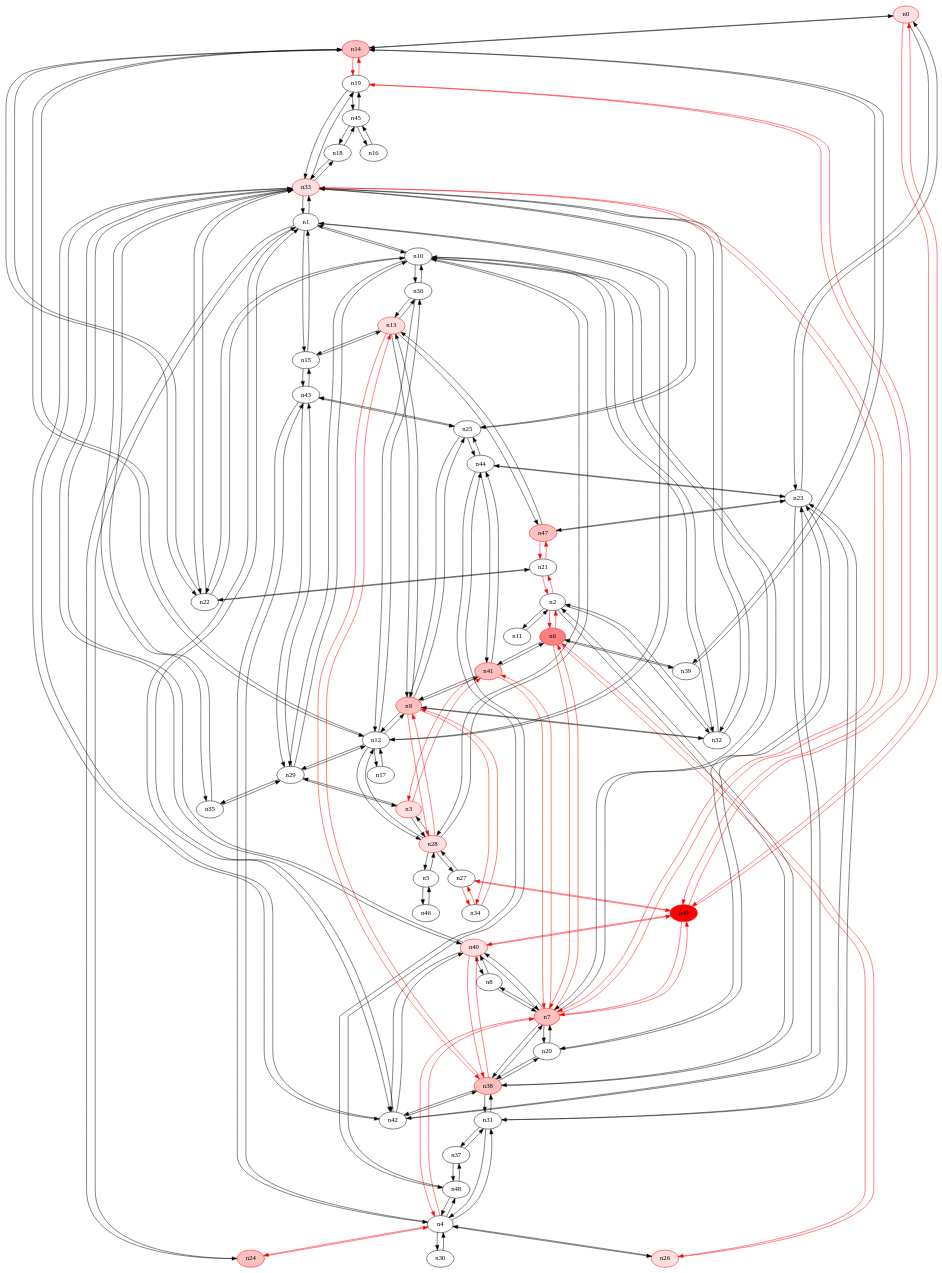
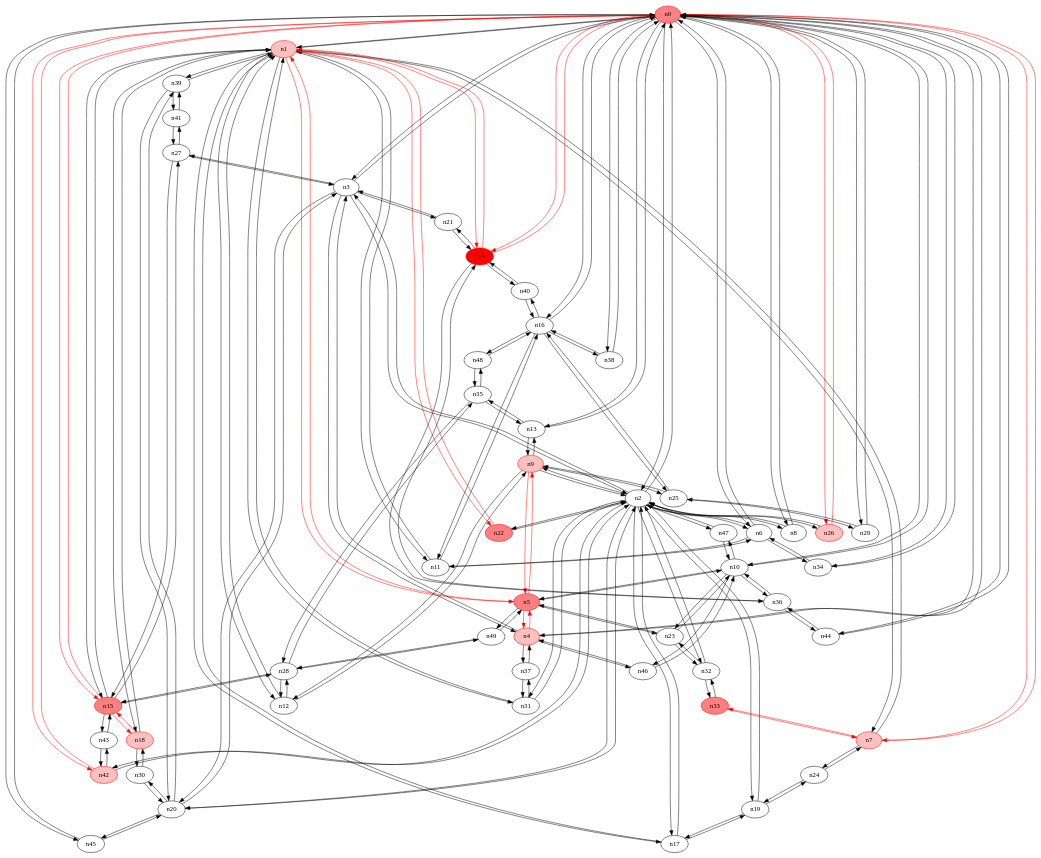
The diagram in 50_20/13-rrt1.dot (ireallyhopeirememberthis/yates_rrt), drawn with Graphviz before and after one commit. The commit also changed 7464 other files, not shown here.

```diff
--- a/50_20/13-rrt1.dot
+++ b/50_20/13-rrt1.dot
@@ -1,252 +1,244 @@
 strict digraph {
-n0 [type=host, color="#FF0000", style=filled, fillcolor="#FFE0E0"];
-n14 [type=host, color="#FF0000", style=filled, fillcolor="#FFC0C0"];
+n0 [type=switch, color="#FF0000", style=filled, fillcolor="#FF8080"];
+n1 [type=host, color="#FF0000", style=filled, fillcolor="#FFC0C0"];
+n2 [type=switch];
+n3 [type=switch];
+n4 [type=host, color="#FF0000", style=filled, fillcolor="#FFC0C0"];
+n6 [type=switch];
+n7 [type=host, color="#FF0000", style=filled, fillcolor="#FFC0C0"];
+n8 [type=switch];
+n10 [type=switch];
+n13 [type=switch];
+n14 [type=switch, color="#FF0000", style=filled, fillcolor="#FF0000"];
+n15 [type=host, color="#FF0000", style=filled, fillcolor="#FF8080"];
+n16 [type=switch];
+n26 [type=host, color="#FF0000", style=filled, fillcolor="#FFC0C0"];
+n29 [type=switch];
+n34 [type=switch];
+n38 [type=switch];
+n42 [type=host, color="#FF0000", style=filled, fillcolor="#FFC0C0"];
+n44 [type=switch];
+n45 [type=switch];
+n5 [type=host, color="#FF0000", style=filled, fillcolor="#FF8080"];
+n11 [type=switch];
+n12 [type=switch];
+n17 [type=switch];
+n18 [type=host, color="#FF0000", style=filled, fillcolor="#FFC0C0"];
+n22 [type=host, color="#FF0000", style=filled, fillcolor="#FF8080"];
+n31 [type=switch];
+n39 [type=switch];
+n9 [type=host, color="#FF0000", style=filled, fillcolor="#FFC0C0"];
+n19 [type=switch];
+n20 [type=switch];
+n32 [type=switch];
+n47 [type=switch];
+n21 [type=switch];
+n27 [type=switch];
+n37 [type=switch];
+n46 [type=switch];
 n23 [type=switch];
-n49 [type=switch, color="#FF0000", style=filled, fillcolor="#FF0000"];
-n1 [type=switch];
-n10 [type=switch];
-n12 [type=switch];
-n15 [type=switch];
-n24 [type=host, color="#FF0000", style=filled, fillcolor="#FFC0C0"];
-n33 [type=host, color="#FF0000", style=filled, fillcolor="#FFE0E0"];
-n42 [type=switch];
-n2 [type=switch];
-n6 [type=switch, color="#FF0000", style=filled, fillcolor="#FF8080"];
-n11 [type=switch];
-n21 [type=switch];
-n32 [type=switch];
-n38 [type=switch, color="#FF0000", style=filled, fillcolor="#FFC0C0"];
-n3 [type=host, color="#FF0000", style=filled, fillcolor="#FFE0E0"];
-n28 [type=host, color="#FF0000", style=filled, fillcolor="#FFE0E0"];
-n29 [type=switch];
-n41 [type=switch, color="#FF0000", style=filled, fillcolor="#FFC0C0"];
-n4 [type=switch];
-n7 [type=switch, color="#FF0000", style=filled, fillcolor="#FFC0C0"];
-n26 [type=host, color="#FF0000", style=filled, fillcolor="#FFE0E0"];
-n30 [type=switch];
-n31 [type=switch];
+n49 [type=switch];
+n24 [type=switch];
+n33 [type=switch, color="#FF0000", style=filled, fillcolor="#FF8080"];
+n25 [type=switch];
+n36 [type=switch];
+n28 [type=switch];
+n35 [type=switch];
+n40 [type=switch];
 n43 [type=switch];
 n48 [type=switch];
-n5 [type=switch];
-n46 [type=switch];
-n39 [type=switch];
-n8 [type=switch];
-n20 [type=switch];
-n40 [type=host, color="#FF0000", style=filled, fillcolor="#FFE0E0"];
-n9 [type=switch, color="#FF0000", style=filled, fillcolor="#FFC0C0"];
-n13 [type=host, color="#FF0000", style=filled, fillcolor="#FFE0E0"];
-n25 [type=switch];
-n34 [type=switch];
-n22 [type=switch];
-n36 [type=switch];
-n17 [type=switch];
-n47 [type=host, color="#FF0000", style=filled, fillcolor="#FFC0C0"];
-n19 [type=switch];
-n16 [type=switch];
-n45 [type=switch];
-n18 [type=switch];
-n44 [type=switch];
-n27 [type=switch];
-n35 [type=switch];
-n37 [type=switch];
-n0 -> n14 [src_port=0, dst_port=0];
-n0 -> n23 [src_port=0, dst_port=0];
-n0 -> n49 [src_port=0, dst_port=0, color="#FF0000"];
-n14 -> n0 [src_port=0, dst_port=0];
-n14 -> n12 [src_port=0, dst_port=0];
-n14 -> n39 [src_port=0, dst_port=0];
-n14 -> n22 [src_port=0, dst_port=0];
-n14 -> n19 [src_port=0, dst_port=0, color="#FF0000"];
-n23 -> n0 [src_port=0, dst_port=0];
-n23 -> n42 [src_port=0, dst_port=0];
-n23 -> n31 [src_port=0, dst_port=0];
-n23 -> n20 [src_port=0, dst_port=0];
-n23 -> n47 [src_port=0, dst_port=0];
-n23 -> n44 [src_port=0, dst_port=0];
-n49 -> n0 [src_port=0, dst_port=0, color="#FF0000"];
-n49 -> n7 [src_port=0, dst_port=0, color="#FF0000"];
-n49 -> n40 [src_port=0, dst_port=0, color="#FF0000"];
-n49 -> n19 [src_port=0, dst_port=0, color="#FF0000"];
-n49 -> n27 [src_port=0, dst_port=0, color="#FF0000"];
-n1 -> n10 [src_port=0, dst_port=0];
+n30 [type=switch];
+n41 [type=switch];
+n0 -> n1 [src_port=0, dst_port=0];
+n0 -> n2 [src_port=0, dst_port=0];
+n0 -> n3 [src_port=0, dst_port=0];
+n0 -> n4 [src_port=0, dst_port=0];
+n0 -> n6 [src_port=0, dst_port=0];
+n0 -> n7 [src_port=0, dst_port=0, color="#FF0000"];
+n0 -> n8 [src_port=0, dst_port=0];
+n0 -> n10 [src_port=0, dst_port=0];
+n0 -> n13 [src_port=0, dst_port=0];
+n0 -> n14 [src_port=0, dst_port=0, color="#FF0000"];
+n0 -> n15 [src_port=0, dst_port=0, color="#FF0000"];
+n0 -> n16 [src_port=0, dst_port=0];
+n0 -> n26 [src_port=0, dst_port=0, color="#FF0000"];
+n0 -> n29 [src_port=0, dst_port=0];
+n0 -> n34 [src_port=0, dst_port=0];
+n0 -> n38 [src_port=0, dst_port=0];
+n0 -> n42 [src_port=0, dst_port=0, color="#FF0000"];
+n0 -> n44 [src_port=0, dst_port=0];
+n0 -> n45 [src_port=0, dst_port=0];
+n1 -> n0 [src_port=0, dst_port=0];
+n1 -> n7 [src_port=0, dst_port=0];
+n1 -> n14 [src_port=0, dst_port=0, color="#FF0000"];
+n1 -> n15 [src_port=0, dst_port=0];
+n1 -> n5 [src_port=0, dst_port=0, color="#FF0000"];
+n1 -> n11 [src_port=0, dst_port=0];
 n1 -> n12 [src_port=0, dst_port=0];
-n1 -> n15 [src_port=0, dst_port=0];
-n1 -> n24 [src_port=0, dst_port=0];
-n1 -> n33 [src_port=0, dst_port=0];
-n1 -> n42 [src_port=0, dst_port=0];
-n10 -> n1 [src_port=0, dst_port=0];
-n10 -> n32 [src_port=0, dst_port=0];
-n10 -> n28 [src_port=0, dst_port=0];
-n10 -> n29 [src_port=0, dst_port=0];
-n10 -> n7 [src_port=0, dst_port=0];
-n10 -> n22 [src_port=0, dst_port=0];
+n1 -> n17 [src_port=0, dst_port=0];
+n1 -> n18 [src_port=0, dst_port=0];
+n1 -> n22 [src_port=0, dst_port=0, color="#FF0000"];
+n1 -> n31 [src_port=0, dst_port=0];
+n1 -> n39 [src_port=0, dst_port=0];
+n2 -> n0 [src_port=0, dst_port=0];
+n2 -> n3 [src_port=0, dst_port=0];
+n2 -> n6 [src_port=0, dst_port=0];
+n2 -> n8 [src_port=0, dst_port=0];
+n2 -> n26 [src_port=0, dst_port=0];
+n2 -> n42 [src_port=0, dst_port=0];
+n2 -> n17 [src_port=0, dst_port=0];
+n2 -> n22 [src_port=0, dst_port=0];
+n2 -> n31 [src_port=0, dst_port=0];
+n2 -> n9 [src_port=0, dst_port=0];
+n2 -> n19 [src_port=0, dst_port=0];
+n2 -> n20 [src_port=0, dst_port=0];
+n2 -> n32 [src_port=0, dst_port=0];
+n2 -> n47 [src_port=0, dst_port=0];
+n3 -> n0 [src_port=0, dst_port=0];
+n3 -> n2 [src_port=0, dst_port=0];
+n3 -> n4 [src_port=0, dst_port=0];
+n3 -> n20 [src_port=0, dst_port=0];
+n3 -> n21 [src_port=0, dst_port=0];
+n3 -> n27 [src_port=0, dst_port=0];
+n4 -> n0 [src_port=0, dst_port=0];
+n4 -> n3 [src_port=0, dst_port=0];
+n4 -> n5 [src_port=0, dst_port=0, color="#FF0000"];
+n4 -> n37 [src_port=0, dst_port=0];
+n4 -> n46 [src_port=0, dst_port=0];
+n6 -> n0 [src_port=0, dst_port=0];
+n6 -> n2 [src_port=0, dst_port=0];
+n6 -> n34 [src_port=0, dst_port=0];
+n6 -> n11 [src_port=0, dst_port=0];
+n7 -> n0 [src_port=0, dst_port=0, color="#FF0000"];
+n7 -> n1 [src_port=0, dst_port=0];
+n7 -> n24 [src_port=0, dst_port=0];
+n7 -> n33 [src_port=0, dst_port=0, color="#FF0000"];
+n8 -> n0 [src_port=0, dst_port=0];
+n8 -> n2 [src_port=0, dst_port=0];
+n10 -> n0 [src_port=0, dst_port=0];
+n10 -> n5 [src_port=0, dst_port=0];
+n10 -> n47 [src_port=0, dst_port=0];
+n10 -> n46 [src_port=0, dst_port=0];
+n10 -> n23 [src_port=0, dst_port=0];
 n10 -> n36 [src_port=0, dst_port=0];
-n12 -> n14 [src_port=0, dst_port=0];
+n13 -> n0 [src_port=0, dst_port=0];
+n13 -> n9 [src_port=0, dst_port=0];
+n13 -> n35 [src_port=0, dst_port=0];
+n14 -> n0 [src_port=0, dst_port=0, color="#FF0000"];
+n14 -> n1 [src_port=0, dst_port=0, color="#FF0000"];
+n14 -> n21 [src_port=0, dst_port=0];
+n14 -> n36 [src_port=0, dst_port=0];
+n14 -> n40 [src_port=0, dst_port=0];
+n15 -> n0 [src_port=0, dst_port=0, color="#FF0000"];
+n15 -> n1 [src_port=0, dst_port=0];
+n15 -> n18 [src_port=0, dst_port=0, color="#FF0000"];
+n15 -> n27 [src_port=0, dst_port=0];
+n15 -> n28 [src_port=0, dst_port=0];
+n15 -> n43 [src_port=0, dst_port=0];
+n16 -> n0 [src_port=0, dst_port=0];
+n16 -> n38 [src_port=0, dst_port=0];
+n16 -> n11 [src_port=0, dst_port=0];
+n16 -> n25 [src_port=0, dst_port=0];
+n16 -> n40 [src_port=0, dst_port=0];
+n16 -> n48 [src_port=0, dst_port=0];
+n26 -> n0 [src_port=0, dst_port=0, color="#FF0000"];
+n26 -> n2 [src_port=0, dst_port=0];
+n29 -> n0 [src_port=0, dst_port=0];
+n29 -> n25 [src_port=0, dst_port=0];
+n34 -> n0 [src_port=0, dst_port=0];
+n34 -> n6 [src_port=0, dst_port=0];
+n38 -> n0 [src_port=0, dst_port=0];
+n38 -> n16 [src_port=0, dst_port=0];
+n42 -> n0 [src_port=0, dst_port=0, color="#FF0000"];
+n42 -> n2 [src_port=0, dst_port=0];
+n42 -> n43 [src_port=0, dst_port=0];
+n44 -> n0 [src_port=0, dst_port=0];
+n44 -> n36 [src_port=0, dst_port=0];
+n45 -> n0 [src_port=0, dst_port=0];
+n45 -> n20 [src_port=0, dst_port=0];
+n5 -> n1 [src_port=0, dst_port=0, color="#FF0000"];
+n5 -> n4 [src_port=0, dst_port=0, color="#FF0000"];
+n5 -> n10 [src_port=0, dst_port=0];
+n5 -> n9 [src_port=0, dst_port=0, color="#FF0000"];
+n5 -> n23 [src_port=0, dst_port=0];
+n5 -> n49 [src_port=0, dst_port=0];
+n11 -> n1 [src_port=0, dst_port=0];
+n11 -> n6 [src_port=0, dst_port=0];
+n11 -> n16 [src_port=0, dst_port=0];
 n12 -> n1 [src_port=0, dst_port=0];
+n12 -> n9 [src_port=0, dst_port=0];
 n12 -> n28 [src_port=0, dst_port=0];
-n12 -> n29 [src_port=0, dst_port=0];
-n12 -> n9 [src_port=0, dst_port=0];
-n12 -> n36 [src_port=0, dst_port=0];
-n12 -> n17 [src_port=0, dst_port=0];
-n15 -> n1 [src_port=0, dst_port=0];
-n15 -> n43 [src_port=0, dst_port=0];
-n15 -> n13 [src_port=0, dst_port=0];
-n24 -> n1 [src_port=0, dst_port=0];
-n24 -> n4 [src_port=0, dst_port=0, color="#FF0000"];
-n33 -> n1 [src_port=0, dst_port=0];
-n33 -> n42 [src_port=0, dst_port=0];
+n17 -> n1 [src_port=0, dst_port=0];
+n17 -> n2 [src_port=0, dst_port=0];
+n17 -> n19 [src_port=0, dst_port=0];
+n18 -> n1 [src_port=0, dst_port=0];
+n18 -> n15 [src_port=0, dst_port=0, color="#FF0000"];
+n18 -> n30 [src_port=0, dst_port=0];
+n22 -> n1 [src_port=0, dst_port=0, color="#FF0000"];
+n22 -> n2 [src_port=0, dst_port=0];
+n31 -> n1 [src_port=0, dst_port=0];
+n31 -> n2 [src_port=0, dst_port=0];
+n31 -> n37 [src_port=0, dst_port=0];
+n39 -> n1 [src_port=0, dst_port=0];
+n39 -> n20 [src_port=0, dst_port=0];
+n39 -> n41 [src_port=0, dst_port=0];
+n9 -> n2 [src_port=0, dst_port=0];
+n9 -> n13 [src_port=0, dst_port=0];
+n9 -> n5 [src_port=0, dst_port=0, color="#FF0000"];
+n9 -> n12 [src_port=0, dst_port=0];
+n9 -> n25 [src_port=0, dst_port=0];
+n19 -> n2 [src_port=0, dst_port=0];
+n19 -> n17 [src_port=0, dst_port=0];
+n19 -> n24 [src_port=0, dst_port=0];
+n20 -> n2 [src_port=0, dst_port=0];
+n20 -> n3 [src_port=0, dst_port=0];
+n20 -> n45 [src_port=0, dst_port=0];
+n20 -> n39 [src_port=0, dst_port=0];
+n20 -> n30 [src_port=0, dst_port=0];
+n32 -> n2 [src_port=0, dst_port=0];
+n32 -> n23 [src_port=0, dst_port=0];
+n32 -> n33 [src_port=0, dst_port=0];
+n47 -> n2 [src_port=0, dst_port=0];
+n47 -> n10 [src_port=0, dst_port=0];
+n21 -> n3 [src_port=0, dst_port=0];
+n21 -> n14 [src_port=0, dst_port=0];
+n27 -> n3 [src_port=0, dst_port=0];
+n27 -> n15 [src_port=0, dst_port=0];
+n27 -> n41 [src_port=0, dst_port=0];
+n37 -> n4 [src_port=0, dst_port=0];
+n37 -> n31 [src_port=0, dst_port=0];
+n46 -> n4 [src_port=0, dst_port=0];
+n46 -> n10 [src_port=0, dst_port=0];
+n23 -> n10 [src_port=0, dst_port=0];
+n23 -> n5 [src_port=0, dst_port=0];
+n23 -> n32 [src_port=0, dst_port=0];
+n49 -> n5 [src_port=0, dst_port=0];
+n49 -> n28 [src_port=0, dst_port=0];
+n24 -> n7 [src_port=0, dst_port=0];
+n24 -> n19 [src_port=0, dst_port=0];
+n33 -> n7 [src_port=0, dst_port=0, color="#FF0000"];
 n33 -> n32 [src_port=0, dst_port=0];
-n33 -> n7 [src_port=0, dst_port=0, color="#FF0000"];
-n33 -> n40 [src_port=0, dst_port=0];
-n33 -> n25 [src_port=0, dst_port=0];
-n33 -> n22 [src_port=0, dst_port=0];
-n33 -> n19 [src_port=0, dst_port=0];
-n33 -> n18 [src_port=0, dst_port=0];
-n33 -> n35 [src_port=0, dst_port=0];
-n42 -> n23 [src_port=0, dst_port=0];
-n42 -> n1 [src_port=0, dst_port=0];
-n42 -> n33 [src_port=0, dst_port=0];
-n42 -> n38 [src_port=0, dst_port=0];
-n42 -> n40 [src_port=0, dst_port=0];
-n2 -> n6 [src_port=0, dst_port=0, color="#FF0000"];
-n2 -> n11 [src_port=0, dst_port=0];
-n2 -> n21 [src_port=0, dst_port=0, color="#FF0000"];
-n2 -> n32 [src_port=0, dst_port=0];
-n2 -> n38 [src_port=0, dst_port=0];
-n6 -> n2 [src_port=0, dst_port=0, color="#FF0000"];
-n6 -> n41 [src_port=0, dst_port=0];
-n6 -> n7 [src_port=0, dst_port=0, color="#FF0000"];
-n6 -> n26 [src_port=0, dst_port=0, color="#FF0000"];
-n6 -> n39 [src_port=0, dst_port=0];
-n11 -> n2 [src_port=0, dst_port=0];
-n21 -> n2 [src_port=0, dst_port=0, color="#FF0000"];
-n21 -> n22 [src_port=0, dst_port=0];
-n21 -> n47 [src_port=0, dst_port=0, color="#FF0000"];
-n32 -> n10 [src_port=0, dst_port=0];
-n32 -> n33 [src_port=0, dst_port=0];
-n32 -> n2 [src_port=0, dst_port=0];
-n32 -> n9 [src_port=0, dst_port=0];
-n38 -> n42 [src_port=0, dst_port=0];
-n38 -> n2 [src_port=0, dst_port=0];
-n38 -> n7 [src_port=0, dst_port=0];
-n38 -> n31 [src_port=0, dst_port=0];
-n38 -> n20 [src_port=0, dst_port=0];
-n38 -> n40 [src_port=0, dst_port=0, color="#FF0000"];
-n38 -> n13 [src_port=0, dst_port=0, color="#FF0000"];
-n3 -> n28 [src_port=0, dst_port=0];
-n3 -> n29 [src_port=0, dst_port=0];
-n3 -> n41 [src_port=0, dst_port=0, color="#FF0000"];
-n28 -> n10 [src_port=0, dst_port=0];
+n25 -> n16 [src_port=0, dst_port=0];
+n25 -> n29 [src_port=0, dst_port=0];
+n25 -> n9 [src_port=0, dst_port=0];
+n36 -> n10 [src_port=0, dst_port=0];
+n36 -> n14 [src_port=0, dst_port=0];
+n36 -> n44 [src_port=0, dst_port=0];
+n28 -> n15 [src_port=0, dst_port=0];
 n28 -> n12 [src_port=0, dst_port=0];
-n28 -> n3 [src_port=0, dst_port=0];
-n28 -> n5 [src_port=0, dst_port=0];
-n28 -> n9 [src_port=0, dst_port=0, color="#FF0000"];
-n28 -> n27 [src_port=0, dst_port=0];
-n29 -> n10 [src_port=0, dst_port=0];
-n29 -> n12 [src_port=0, dst_port=0];
-n29 -> n3 [src_port=0, dst_port=0];
-n29 -> n43 [src_port=0, dst_port=0];
-n29 -> n35 [src_port=0, dst_port=0];
-n41 -> n6 [src_port=0, dst_port=0];
-n41 -> n3 [src_port=0, dst_port=0, color="#FF0000"];
-n41 -> n7 [src_port=0, dst_port=0, color="#FF0000"];
-n41 -> n9 [src_port=0, dst_port=0];
-n41 -> n44 [src_port=0, dst_port=0];
-n4 -> n24 [src_port=0, dst_port=0, color="#FF0000"];
-n4 -> n7 [src_port=0, dst_port=0, color="#FF0000"];
-n4 -> n26 [src_port=0, dst_port=0];
-n4 -> n30 [src_port=0, dst_port=0];
-n4 -> n31 [src_port=0, dst_port=0];
-n4 -> n43 [src_port=0, dst_port=0];
-n4 -> n48 [src_port=0, dst_port=0];
-n7 -> n49 [src_port=0, dst_port=0, color="#FF0000"];
-n7 -> n10 [src_port=0, dst_port=0];
-n7 -> n33 [src_port=0, dst_port=0, color="#FF0000"];
-n7 -> n6 [src_port=0, dst_port=0, color="#FF0000"];
-n7 -> n38 [src_port=0, dst_port=0];
-n7 -> n41 [src_port=0, dst_port=0, color="#FF0000"];
-n7 -> n4 [src_port=0, dst_port=0, color="#FF0000"];
-n7 -> n8 [src_port=0, dst_port=0];
-n7 -> n20 [src_port=0, dst_port=0];
-n7 -> n40 [src_port=0, dst_port=0];
-n26 -> n6 [src_port=0, dst_port=0, color="#FF0000"];
-n26 -> n4 [src_port=0, dst_port=0];
-n30 -> n4 [src_port=0, dst_port=0];
-n31 -> n23 [src_port=0, dst_port=0];
-n31 -> n38 [src_port=0, dst_port=0];
-n31 -> n4 [src_port=0, dst_port=0];
-n31 -> n37 [src_port=0, dst_port=0];
+n28 -> n49 [src_port=0, dst_port=0];
+n28 -> n35 [src_port=0, dst_port=0];
+n35 -> n13 [src_port=0, dst_port=0];
+n35 -> n28 [src_port=0, dst_port=0];
+n35 -> n48 [src_port=0, dst_port=0];
+n40 -> n14 [src_port=0, dst_port=0];
+n40 -> n16 [src_port=0, dst_port=0];
 n43 -> n15 [src_port=0, dst_port=0];
-n43 -> n29 [src_port=0, dst_port=0];
-n43 -> n4 [src_port=0, dst_port=0];
-n43 -> n25 [src_port=0, dst_port=0];
-n48 -> n4 [src_port=0, dst_port=0];
-n48 -> n44 [src_port=0, dst_port=0];
-n48 -> n37 [src_port=0, dst_port=0];
-n5 -> n28 [src_port=0, dst_port=0];
-n5 -> n46 [src_port=0, dst_port=0];
-n46 -> n5 [src_port=0, dst_port=0];
-n39 -> n14 [src_port=0, dst_port=0];
-n39 -> n6 [src_port=0, dst_port=0];
-n8 -> n7 [src_port=0, dst_port=0];
-n8 -> n40 [src_port=0, dst_port=0];
-n20 -> n23 [src_port=0, dst_port=0];
-n20 -> n38 [src_port=0, dst_port=0];
-n20 -> n7 [src_port=0, dst_port=0];
-n40 -> n49 [src_port=0, dst_port=0, color="#FF0000"];
-n40 -> n33 [src_port=0, dst_port=0];
-n40 -> n42 [src_port=0, dst_port=0];
-n40 -> n38 [src_port=0, dst_port=0, color="#FF0000"];
-n40 -> n7 [src_port=0, dst_port=0];
-n40 -> n8 [src_port=0, dst_port=0];
-n9 -> n12 [src_port=0, dst_port=0];
-n9 -> n32 [src_port=0, dst_port=0];
-n9 -> n28 [src_port=0, dst_port=0, color="#FF0000"];
-n9 -> n41 [src_port=0, dst_port=0];
-n9 -> n13 [src_port=0, dst_port=0];
-n9 -> n25 [src_port=0, dst_port=0];
-n9 -> n34 [src_port=0, dst_port=0, color="#FF0000"];
-n13 -> n15 [src_port=0, dst_port=0];
-n13 -> n38 [src_port=0, dst_port=0, color="#FF0000"];
-n13 -> n9 [src_port=0, dst_port=0];
-n13 -> n36 [src_port=0, dst_port=0];
-n13 -> n47 [src_port=0, dst_port=0];
-n25 -> n33 [src_port=0, dst_port=0];
-n25 -> n43 [src_port=0, dst_port=0];
-n25 -> n9 [src_port=0, dst_port=0];
-n25 -> n44 [src_port=0, dst_port=0];
-n34 -> n9 [src_port=0, dst_port=0, color="#FF0000"];
-n34 -> n27 [src_port=0, dst_port=0, color="#FF0000"];
-n22 -> n14 [src_port=0, dst_port=0];
-n22 -> n10 [src_port=0, dst_port=0];
-n22 -> n33 [src_port=0, dst_port=0];
-n22 -> n21 [src_port=0, dst_port=0];
-n36 -> n10 [src_port=0, dst_port=0];
-n36 -> n12 [src_port=0, dst_port=0];
-n36 -> n13 [src_port=0, dst_port=0];
-n17 -> n12 [src_port=0, dst_port=0];
-n47 -> n23 [src_port=0, dst_port=0];
-n47 -> n21 [src_port=0, dst_port=0, color="#FF0000"];
-n47 -> n13 [src_port=0, dst_port=0];
-n19 -> n14 [src_port=0, dst_port=0, color="#FF0000"];
-n19 -> n49 [src_port=0, dst_port=0, color="#FF0000"];
-n19 -> n33 [src_port=0, dst_port=0];
-n19 -> n45 [src_port=0, dst_port=0];
-n16 -> n45 [src_port=0, dst_port=0];
-n45 -> n19 [src_port=0, dst_port=0];
-n45 -> n16 [src_port=0, dst_port=0];
-n45 -> n18 [src_port=0, dst_port=0];
-n18 -> n33 [src_port=0, dst_port=0];
-n18 -> n45 [src_port=0, dst_port=0];
-n44 -> n23 [src_port=0, dst_port=0];
-n44 -> n41 [src_port=0, dst_port=0];
-n44 -> n48 [src_port=0, dst_port=0];
-n44 -> n25 [src_port=0, dst_port=0];
-n27 -> n49 [src_port=0, dst_port=0, color="#FF0000"];
-n27 -> n28 [src_port=0, dst_port=0];
-n27 -> n34 [src_port=0, dst_port=0, color="#FF0000"];
-n35 -> n33 [src_port=0, dst_port=0];
-n35 -> n29 [src_port=0, dst_port=0];
-n37 -> n31 [src_port=0, dst_port=0];
-n37 -> n48 [src_port=0, dst_port=0];
+n43 -> n42 [src_port=0, dst_port=0];
+n48 -> n16 [src_port=0, dst_port=0];
+n48 -> n35 [src_port=0, dst_port=0];
+n30 -> n18 [src_port=0, dst_port=0];
+n30 -> n20 [src_port=0, dst_port=0];
+n41 -> n39 [src_port=0, dst_port=0];
+n41 -> n27 [src_port=0, dst_port=0];
 }
```
